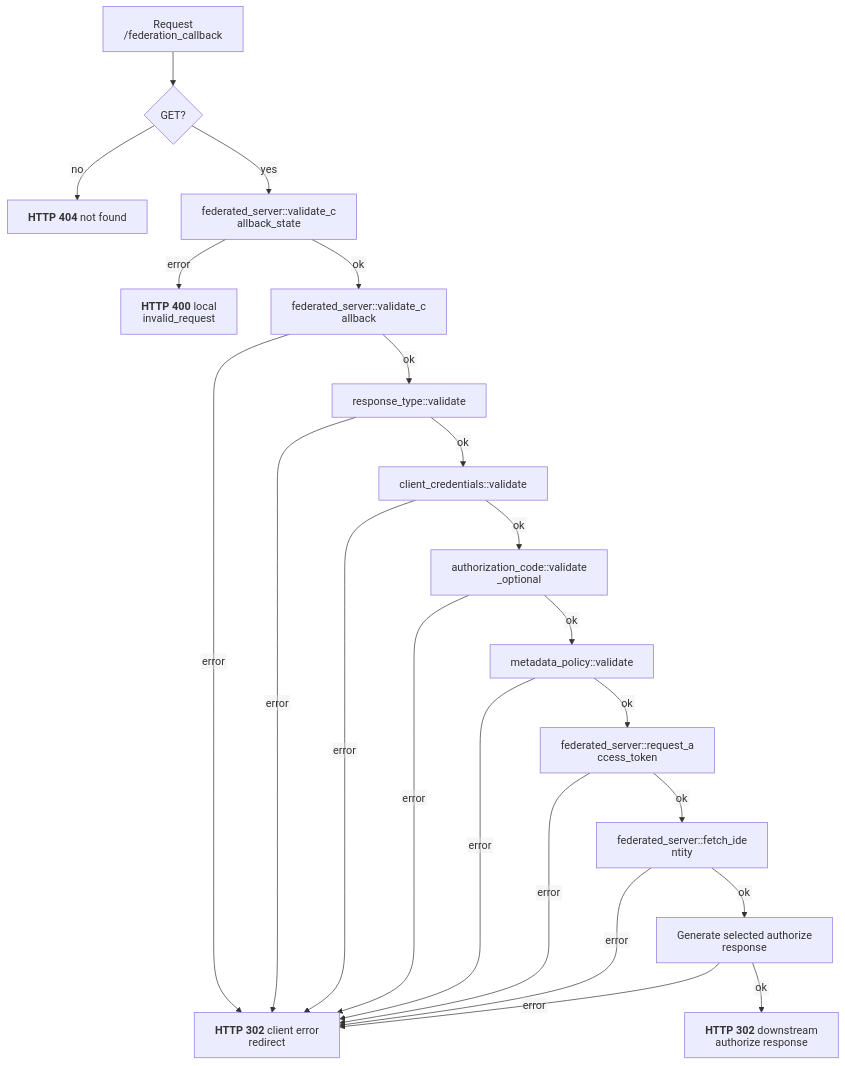
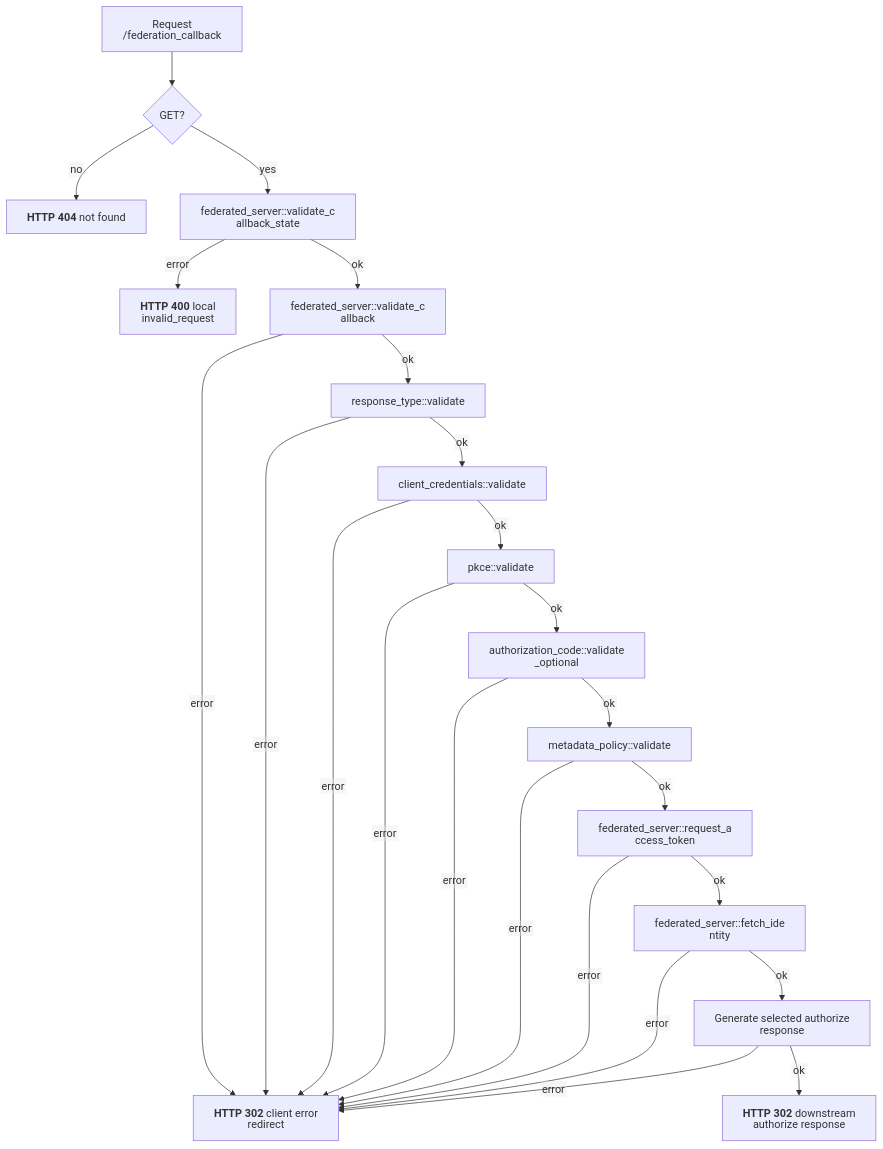
One commit to malach-it/kagome changed the diagram in docs/flows/oauth/federation_callback.mmd. Above: the diagram before and after it, drawn with Mermaid. The commit also changed 38 other files, not shown here.

```diff
--- a/docs/flows/oauth/federation_callback.mmd
+++ b/docs/flows/oauth/federation_callback.mmd
@@ -1,23 +1,25 @@
 %%{init: {"htmlLabels": false, "flowchart": {"htmlLabels": false}}}%%
 flowchart TD
     start[Request /federation_callback] --> method{GET?}
     method -- no --> not_found["`**HTTP 404** not found`"]
     method -- yes --> state["federated_server::validate_callback_state"]
     state -- error --> invalid_state["`**HTTP 400** local invalid_request`"]
     state -- ok --> callback["federated_server::validate_callback"]
     callback -- error --> redirect_error["`**HTTP 302** client error redirect`"]
     callback -- ok --> response_type["response_type::validate"]
     response_type -- error --> redirect_error
     response_type -- ok --> client["client_credentials::validate"]
     client -- error --> redirect_error
-    client -- ok --> code["authorization_code::validate_optional"]
+    client -- ok --> pkce["pkce::validate"]
+    pkce -- error --> redirect_error
+    pkce -- ok --> code["authorization_code::validate_optional"]
     code -- error --> redirect_error
     code -- ok --> policy["metadata_policy::validate"]
     policy -- error --> redirect_error
     policy -- ok --> token["federated_server::request_access_token"]
     token -- error --> redirect_error
     token -- ok --> identity["federated_server::fetch_identity"]
     identity -- error --> redirect_error
     identity -- ok --> generate[Generate selected authorize response]
     generate -- error --> redirect_error
     generate -- ok --> accepted["`**HTTP 302** downstream authorize response`"]
```
